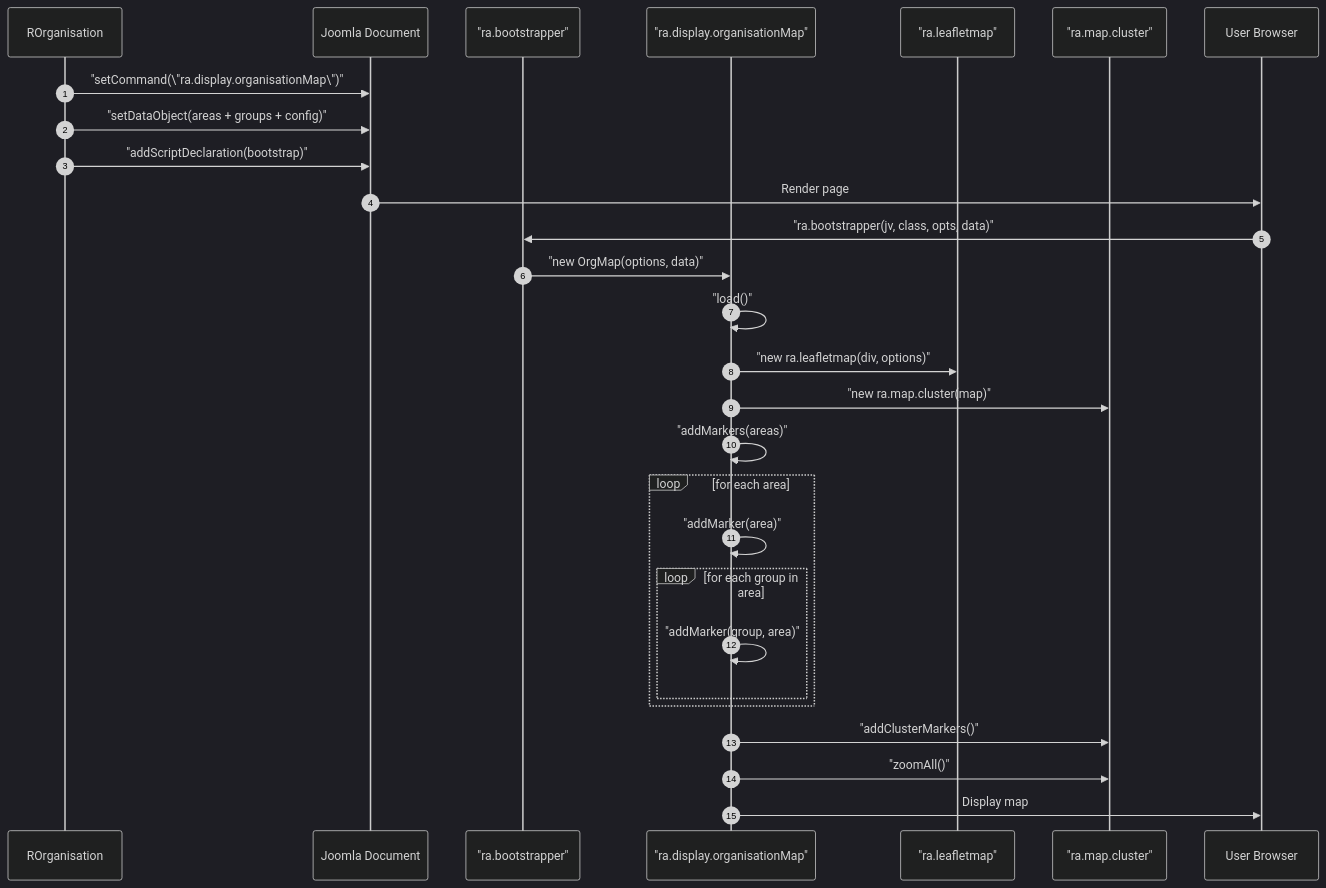
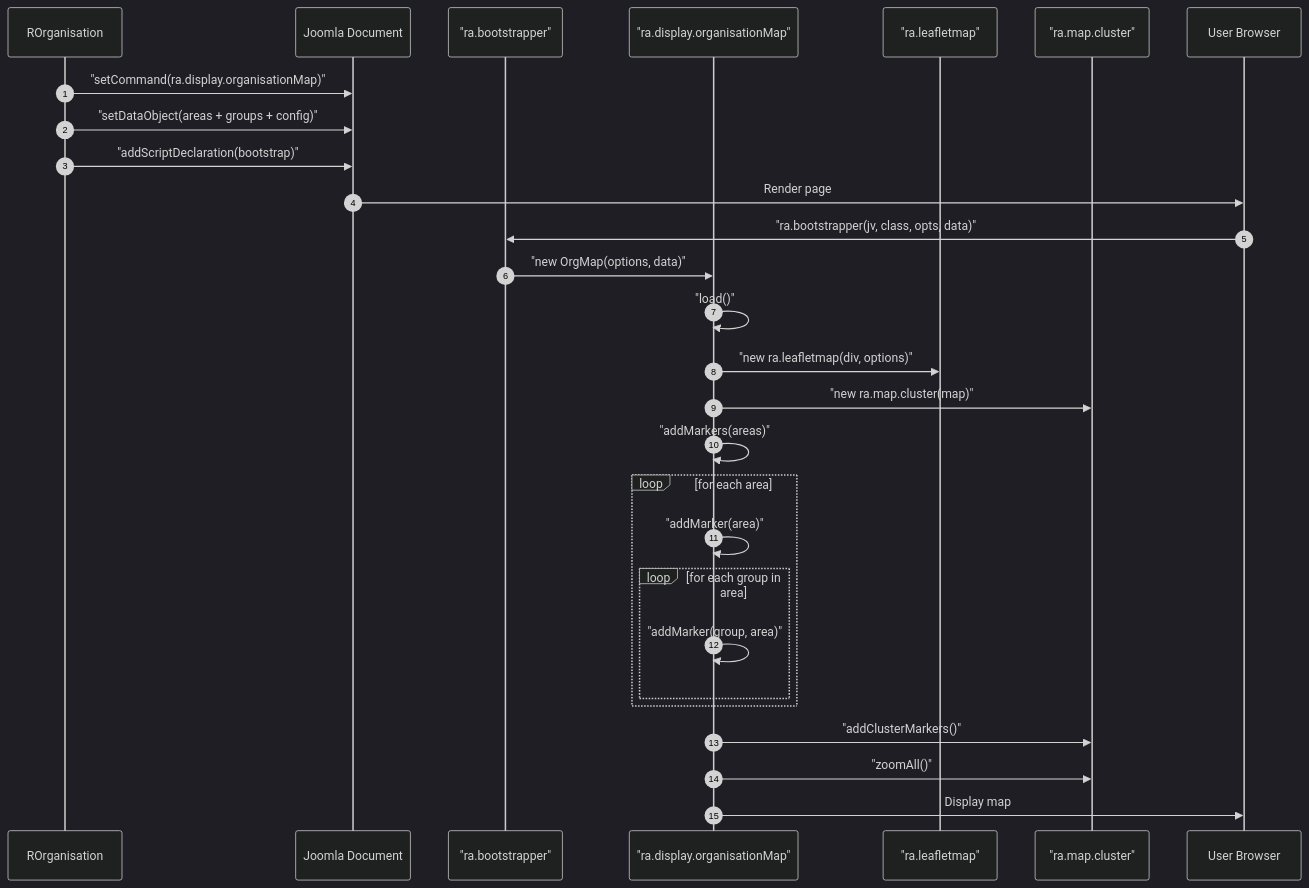
One commit to pauljrhodes/ramblers-library changed the second of 3 diagrams in media/organisation/HLD.md. Above: the diagram before and after it, drawn with Mermaid (dark theme). The commit also changed other lines of this file and 32 other files, not shown here.

Commit message:
Fix Mermaid diagrams for GitHub rendering

````diff
--- a/media/organisation/HLD.md
+++ b/media/organisation/HLD.md
@@ -85,31 +85,31 @@
 ```mermaid
 sequenceDiagram
     autonumber
     participant PHP as ROrganisation
     participant Doc as Joomla Document
     participant Bootstrap as "ra.bootstrapper"
     participant OrgMap as "ra.display.organisationMap"
     participant LeafletMap as "ra.leafletmap"
     participant Cluster as "ra.map.cluster"
     participant User as User Browser
 
-    PHP->>Doc: "setCommand(\"ra.display.organisationMap\")"
+    PHP->>Doc: "setCommand(ra.display.organisationMap)"
     PHP->>Doc: "setDataObject(areas + groups + config)"
     PHP->>Doc: "addScriptDeclaration(bootstrap)"
     Doc->>User: Render page
     User->>Bootstrap: "ra.bootstrapper(jv, class, opts, data)"
     Bootstrap->>OrgMap: "new OrgMap(options, data)"
     OrgMap->>OrgMap: "load()"
     OrgMap->>LeafletMap: "new ra.leafletmap(div, options)"
     OrgMap->>Cluster: "new ra.map.cluster(map)"
     OrgMap->>OrgMap: "addMarkers(areas)"
     loop for each area
         OrgMap->>OrgMap: "addMarker(area)"
         loop for each group in area
             OrgMap->>OrgMap: "addMarker(group, area)"
         end
     end
     OrgMap->>Cluster: "addClusterMarkers()"
     OrgMap->>Cluster: "zoomAll()"
     OrgMap->>User: Display map
 ```
````
